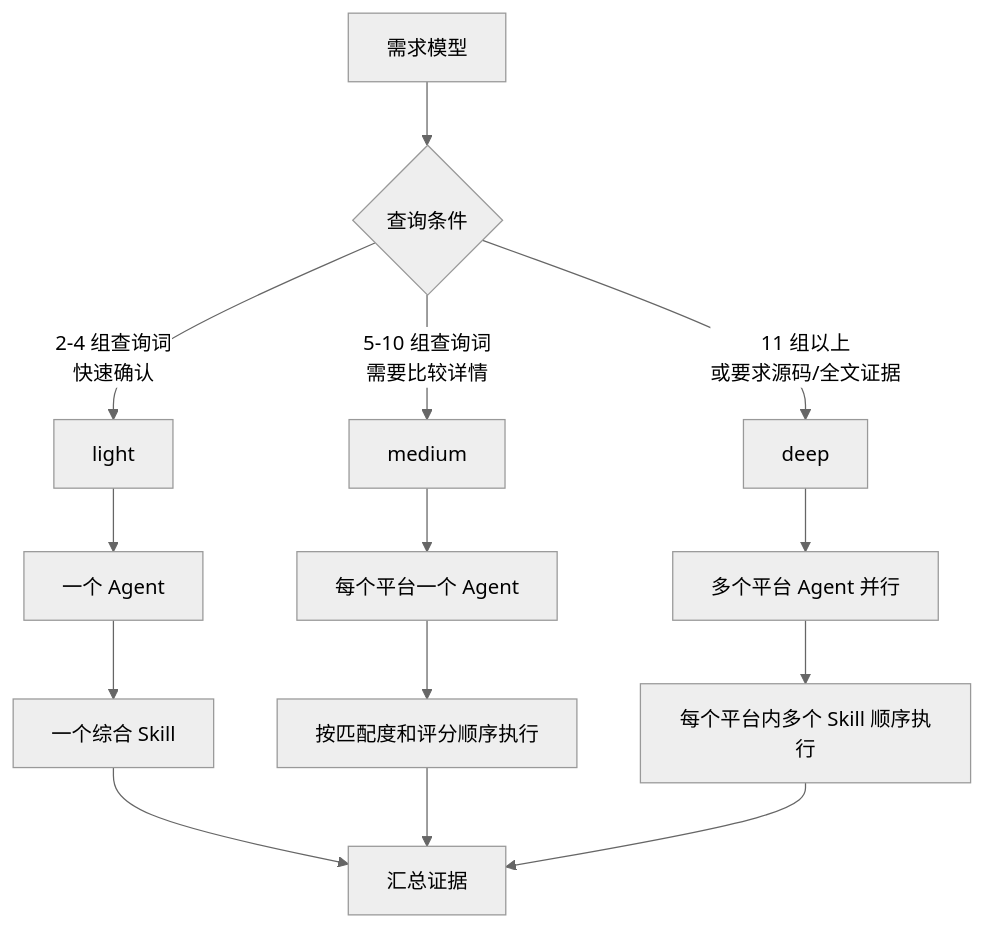
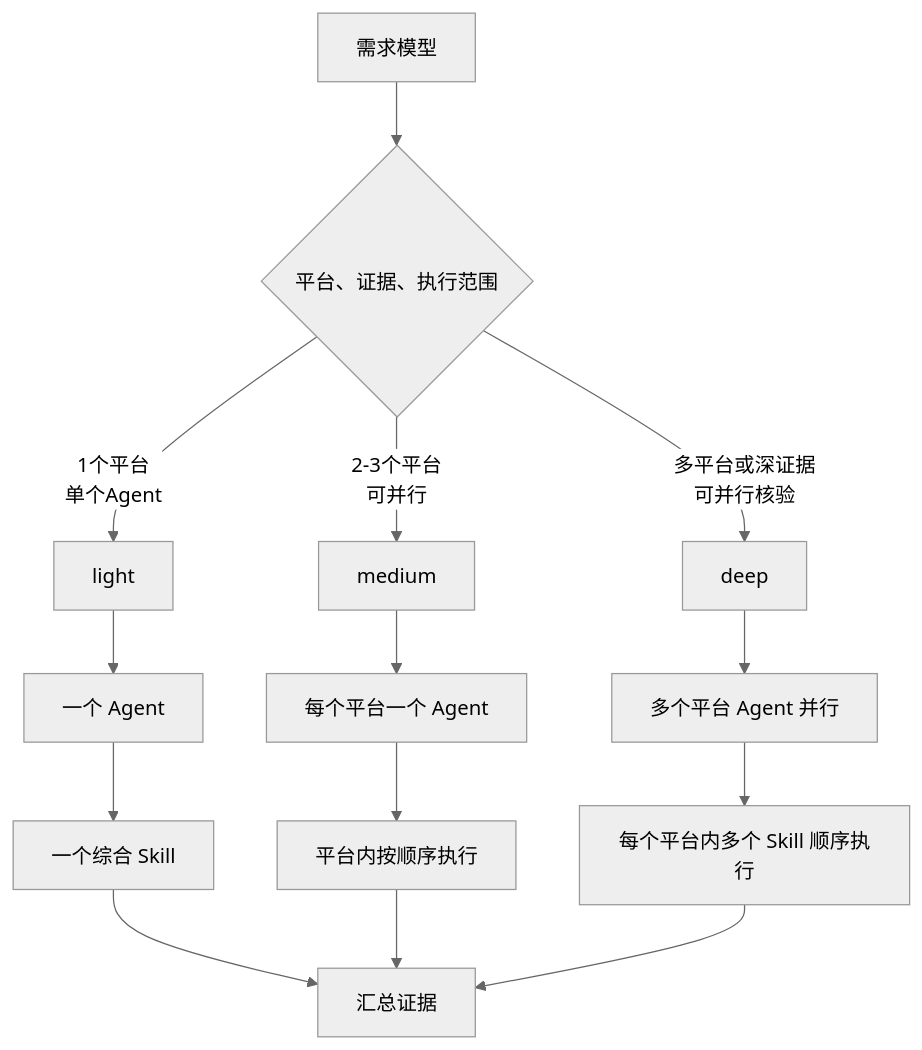
One commit to sxyq/research-router changed the third of 4 diagrams in README.md. Above: the diagram before and after it, drawn with Mermaid (neutral theme). The commit also changed other lines of this file and 34 other files, not shown here.

````diff
--- a/README.md
+++ b/README.md
@@ -274,16 +284,16 @@
 ```mermaid
 flowchart TD
-    A[需求模型] --> B{查询条件}
-    B -->|2-4 组查询词<br/>快速确认| L[light]
-    B -->|5-10 组查询词<br/>需要比较详情| M[medium]
-    B -->|11 组以上<br/>或要求源码/全文证据| D[deep]
+    A[需求模型] --> B{平台、证据、执行范围}
+    B -->|1个平台<br/>单个Agent| L[light]
+    B -->|2-3个平台<br/>可并行| M[medium]
+    B -->|多平台或深证据<br/>可并行核验| D[deep]
     L --> L1[一个 Agent]
     L1 --> L2[一个综合 Skill]
     M --> M1[每个平台一个 Agent]
-    M1 --> M2[按匹配度和评分顺序执行]
+    M1 --> M2[平台内按顺序执行]
     D --> D1[多个平台 Agent 并行]
     D1 --> D2[每个平台内多个 Skill 顺序执行]
     L2 --> E[汇总证据]
     M2 --> E
     D2 --> E
 ```
````
